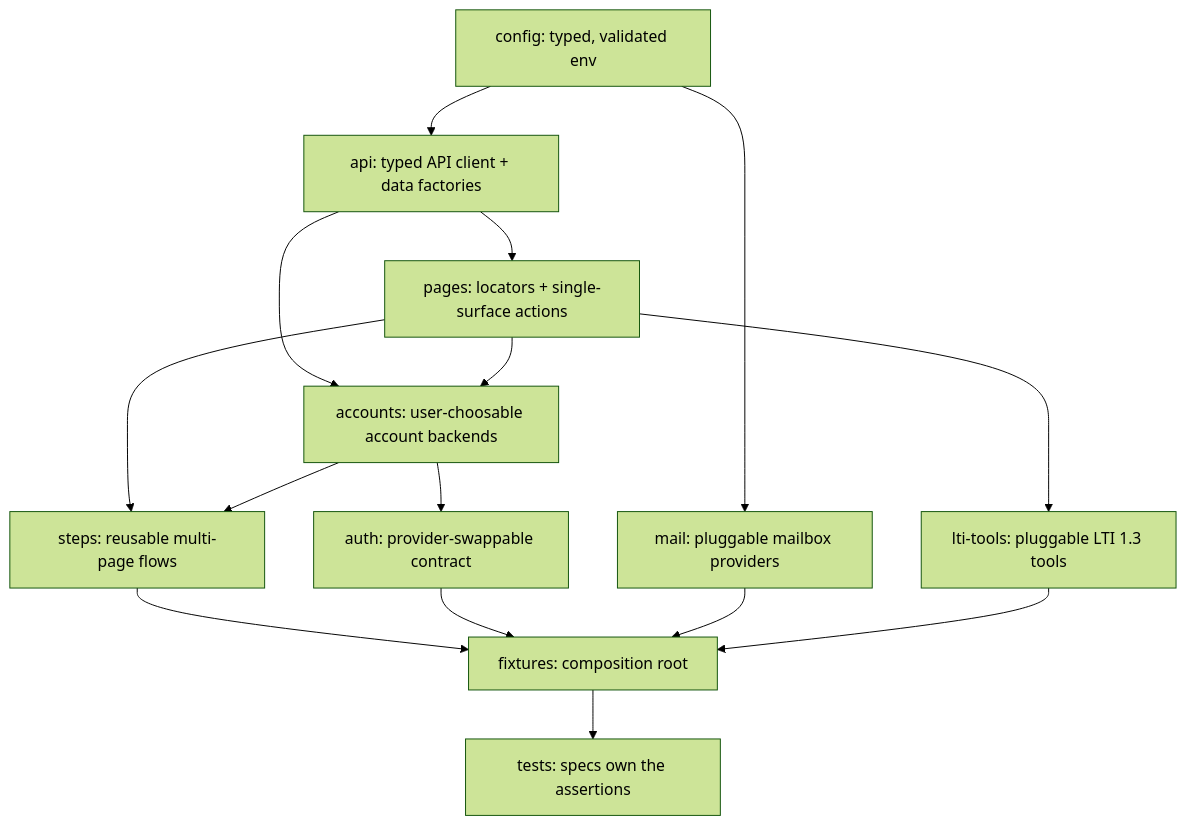
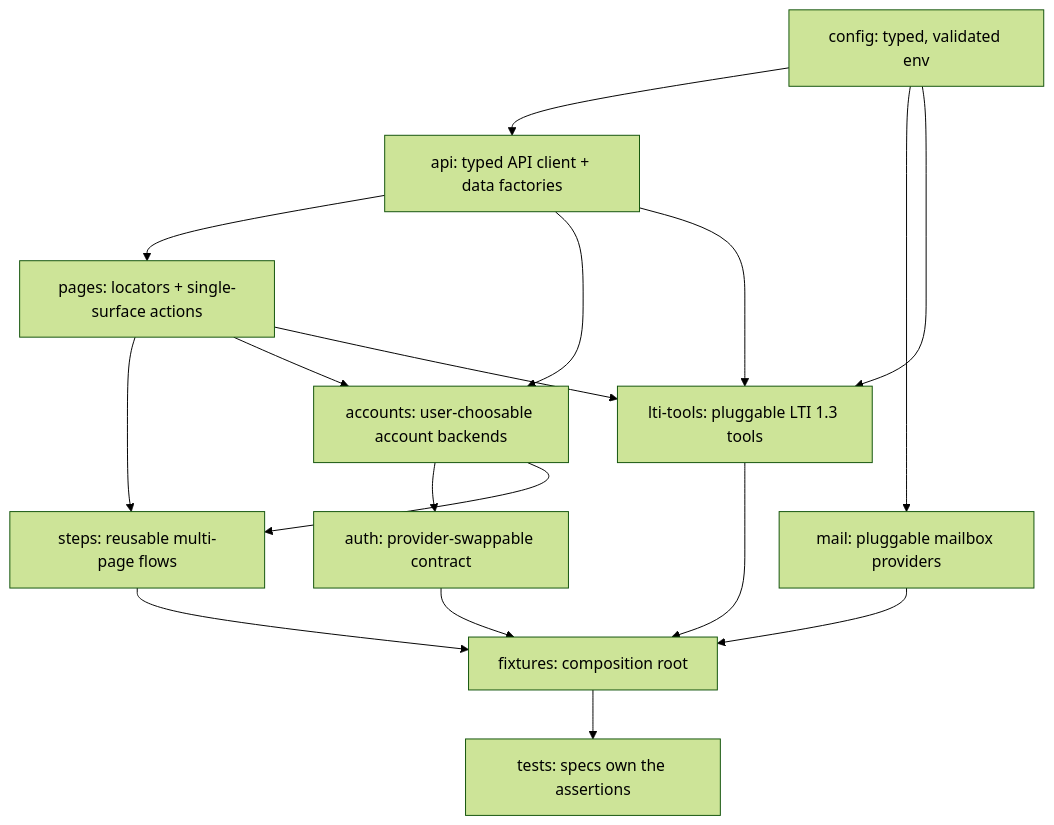
One commit to openedx/end-to-end-tests changed the diagram in ARCHITECTURE.md. Above: the diagram before and after it, drawn with Mermaid (forest theme). The commit also changed 32 other files, not shown here.

````diff
--- a/ARCHITECTURE.md
+++ b/ARCHITECTURE.md
@@ -13,28 +13,30 @@
 ```mermaid
 graph TD
     config[config: typed, validated env]
     api[api: typed API client + data factories]
     pages[pages: locators + single-surface actions]
     steps[steps: reusable multi-page flows]
     fixtures[fixtures: composition root]
     tests[tests: specs own the assertions]
     accounts[accounts: user-choosable account backends]
     mail[mail: pluggable mailbox providers]
     ltitools[lti-tools: pluggable LTI 1.3 tools]
     auth[auth: provider-swappable contract]
 
     config --> api
     api --> pages
     pages --> steps
     steps --> fixtures
     fixtures --> tests
     api --> accounts
     pages --> accounts
     accounts --> auth
     accounts --> steps
     auth --> fixtures
     config --> mail
     mail --> fixtures
+    config --> ltitools
+    api --> ltitools
     pages --> ltitools
     ltitools --> fixtures
 ```
````
